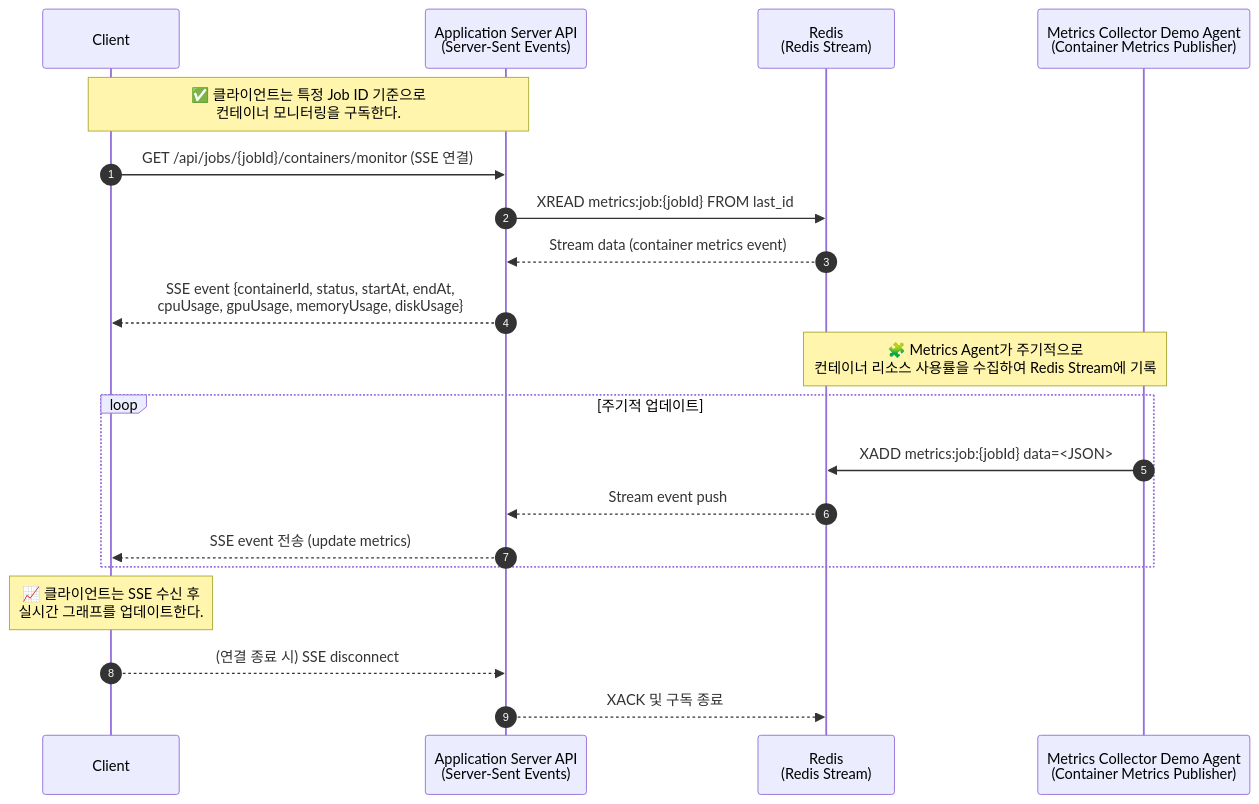
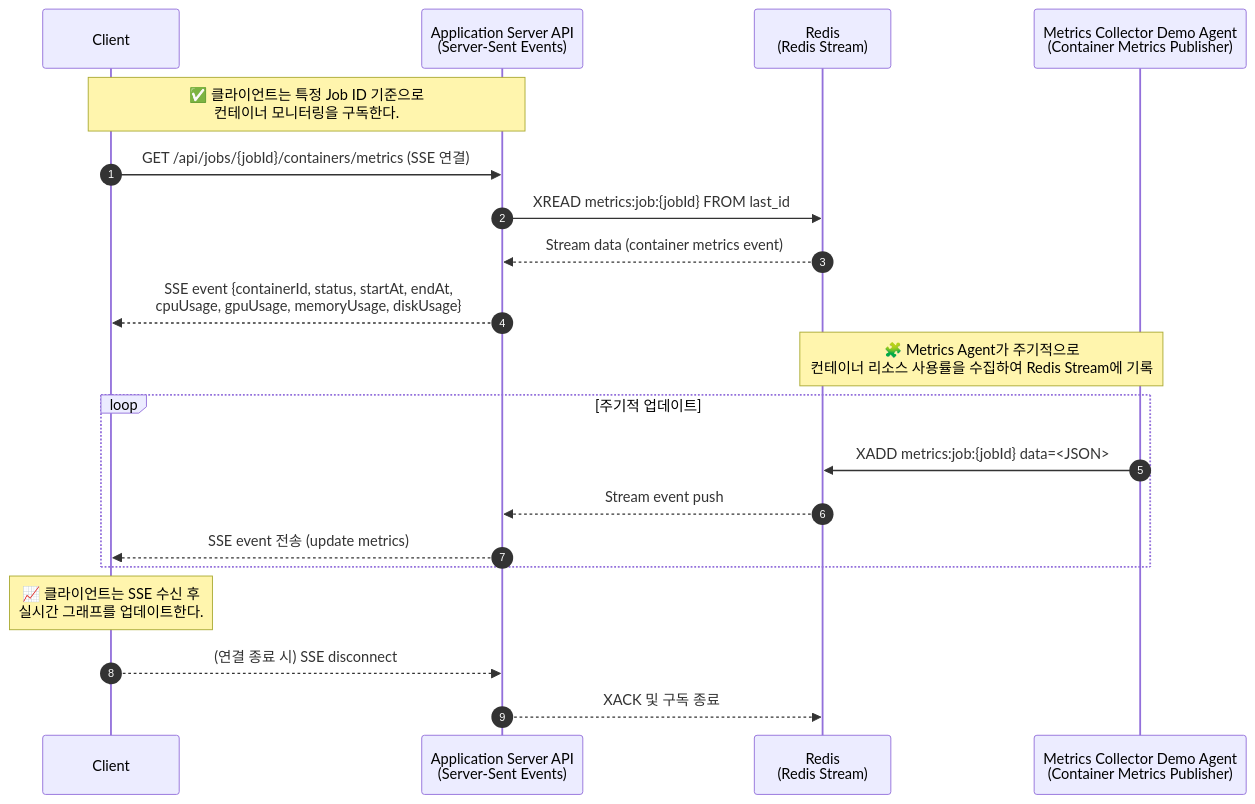
Before and after one commit to photiary/GPUaaS-b: the diagram in prompts/api.prompt.md, drawn with Mermaid. The commit also changed 10 other files, not shown here.

Commit message:
Metrics 정보 Redis Stream을 이용하여 SSE 서비스하도록 수정

````diff
--- a/prompts/api.prompt.md
+++ b/prompts/api.prompt.md
@@ -93,29 +93,29 @@
 ```mermaid
 sequenceDiagram
     autonumber
     participant Client as Client
     participant API as Application Server API<br/>(Server-Sent Events)
     participant Redis as Redis<br/>(Redis Stream)
     participant Metrics as Metrics Collector Demo Agent<br/>(Container Metrics Publisher)
 
     Note over Client,API: ✅ 클라이언트는 특정 Job ID 기준으로<br/>컨테이너 모니터링을 구독한다.
 
-    Client->>API: GET /api/jobs/{jobId}/containers/monitor (SSE 연결)
+    Client->>API: GET /api/jobs/{jobId}/containers/metrics (SSE 연결)
     API->>Redis: XREAD metrics:job:{jobId} FROM last_id
     Redis-->>API: Stream data (container metrics event)
     API-->>Client: SSE event {containerId, status, startAt, endAt,<br/>cpuUsage, gpuUsage, memoryUsage, diskUsage}
 
     Note over Metrics,Redis: 🧩 Metrics Agent가 주기적으로<br/>컨테이너 리소스 사용률을 수집하여 Redis Stream에 기록
 
     loop 주기적 업데이트
         Metrics->>Redis: XADD metrics:job:{jobId} data=<JSON>
         Redis-->>API: Stream event push
         API-->>Client: SSE event 전송 (update metrics)
     end
 
     Note over Client: 📈 클라이언트는 SSE 수신 후<br/>실시간 그래프를 업데이트한다.
 
     Client-->>API: (연결 종료 시) SSE disconnect
     API-->>Redis: XACK 및 구독 종료
 
 ```
````
